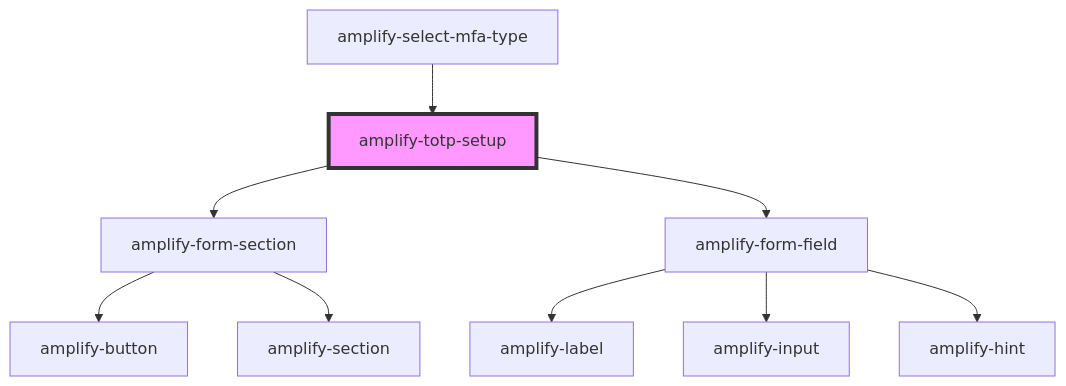
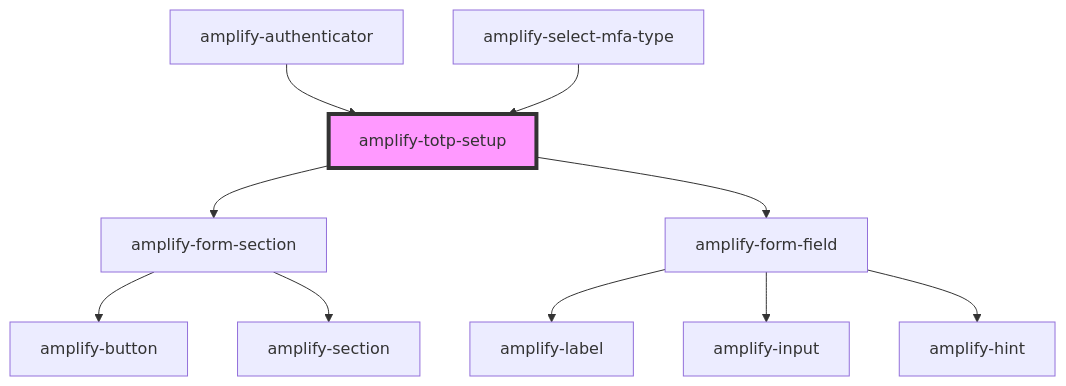
Before and after one commit to aws-amplify/amplify-js: the diagram in packages/amplify-ui-components/src/components/amplify-totp-setup/readme.md, drawn with Mermaid. The commit also changed other lines of this file and 7 other files, not shown here.

````diff
--- a/packages/amplify-ui-components/src/components/amplify-totp-setup/readme.md
+++ b/packages/amplify-ui-components/src/components/amplify-totp-setup/readme.md
@@ -29,12 +30,13 @@
 ```mermaid
 graph TD;
   amplify-totp-setup --> amplify-form-section
   amplify-totp-setup --> amplify-form-field
   amplify-form-section --> amplify-button
   amplify-form-section --> amplify-section
   amplify-form-field --> amplify-label
   amplify-form-field --> amplify-input
   amplify-form-field --> amplify-hint
+  amplify-authenticator --> amplify-totp-setup
   amplify-select-mfa-type --> amplify-totp-setup
   style amplify-totp-setup fill:#f9f,stroke:#333,stroke-width:4px
 ```
````
